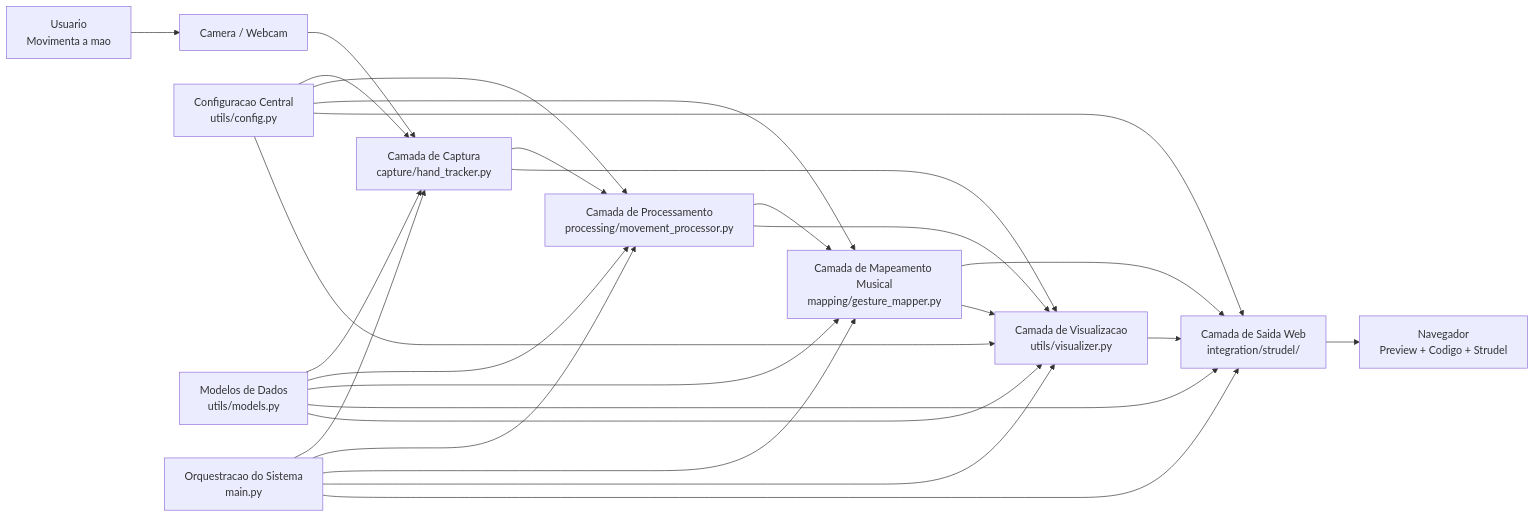
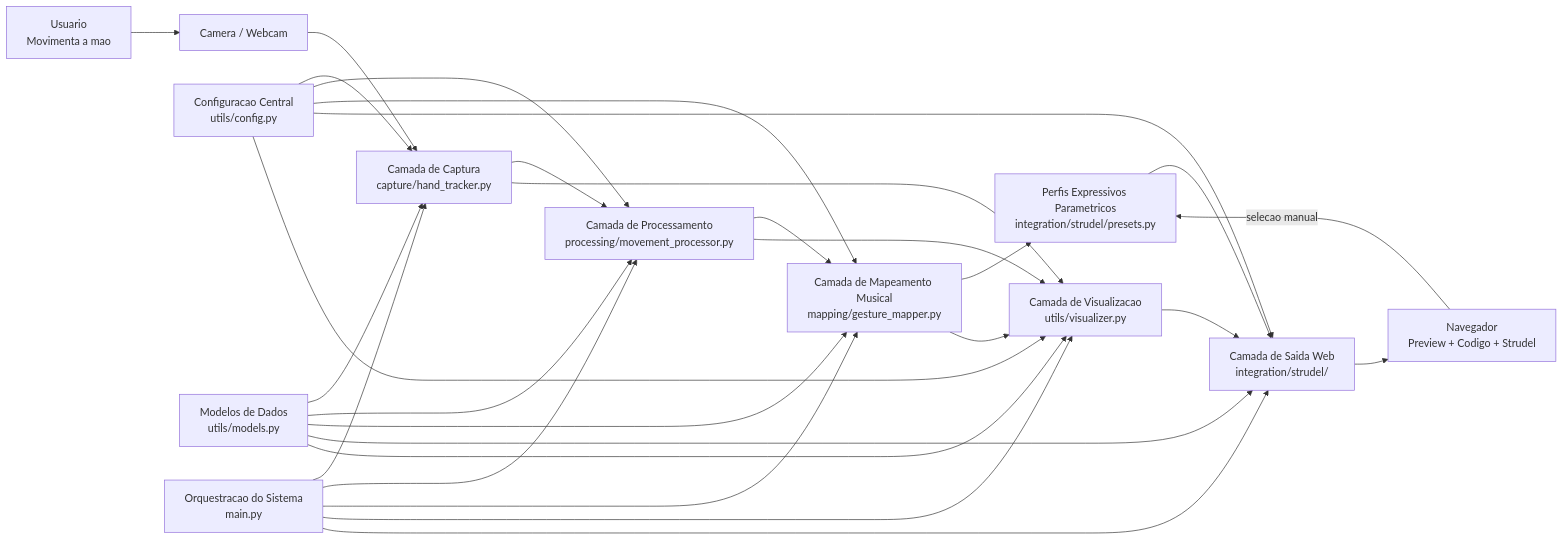
Before and after one commit to lavsouza/TCC: the first of 3 diagrams in docs/architecture.md, drawn with Mermaid. The commit also changed other lines of this file and 24 other files, not shown here.

First line of the commit message:
feat: evolui integracao Strudel browser-first

````diff
--- a/docs/architecture.md
+++ b/docs/architecture.md
@@ -11,31 +11,33 @@
 ```mermaid
 flowchart LR
     user["Usuario<br/>Movimenta a mao"] --> camera["Camera / Webcam"]
     camera --> capture["Camada de Captura<br/>capture/hand_tracker.py"]
     capture --> processing["Camada de Processamento<br/>processing/movement_processor.py"]
     processing --> mapping["Camada de Mapeamento Musical<br/>mapping/gesture_mapper.py"]
-    mapping --> strudel["Camada de Saida Web<br/>integration/strudel/"]
+    mapping --> profiles["Perfis Expressivos Parametricos<br/>integration/strudel/presets.py"]
+    profiles --> strudel["Camada de Saida Web<br/>integration/strudel/"]
     capture --> visualizer["Camada de Visualizacao<br/>utils/visualizer.py"]
     processing --> visualizer
     mapping --> visualizer
     visualizer --> strudel
     strudel --> browser["Navegador<br/>Preview + Codigo + Strudel"]
+    browser -->|"selecao manual"| profiles
 
     config["Configuracao Central<br/>utils/config.py"] --> capture
     config --> processing
     config --> mapping
     config --> strudel
     config --> visualizer
 
     models["Modelos de Dados<br/>utils/models.py"] --> capture
     models --> processing
     models --> mapping
     models --> strudel
     models --> visualizer
 
     main["Orquestracao do Sistema<br/>main.py"] --> capture
     main --> processing
     main --> mapping
     main --> visualizer
     main --> strudel
 ```
````
